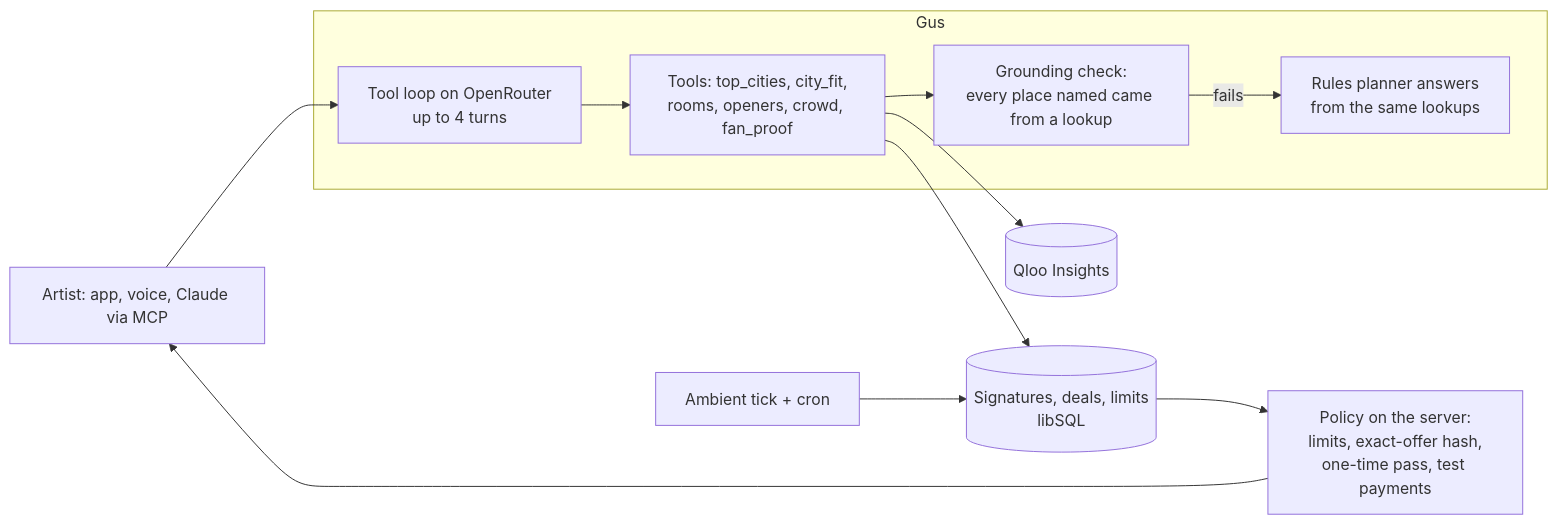
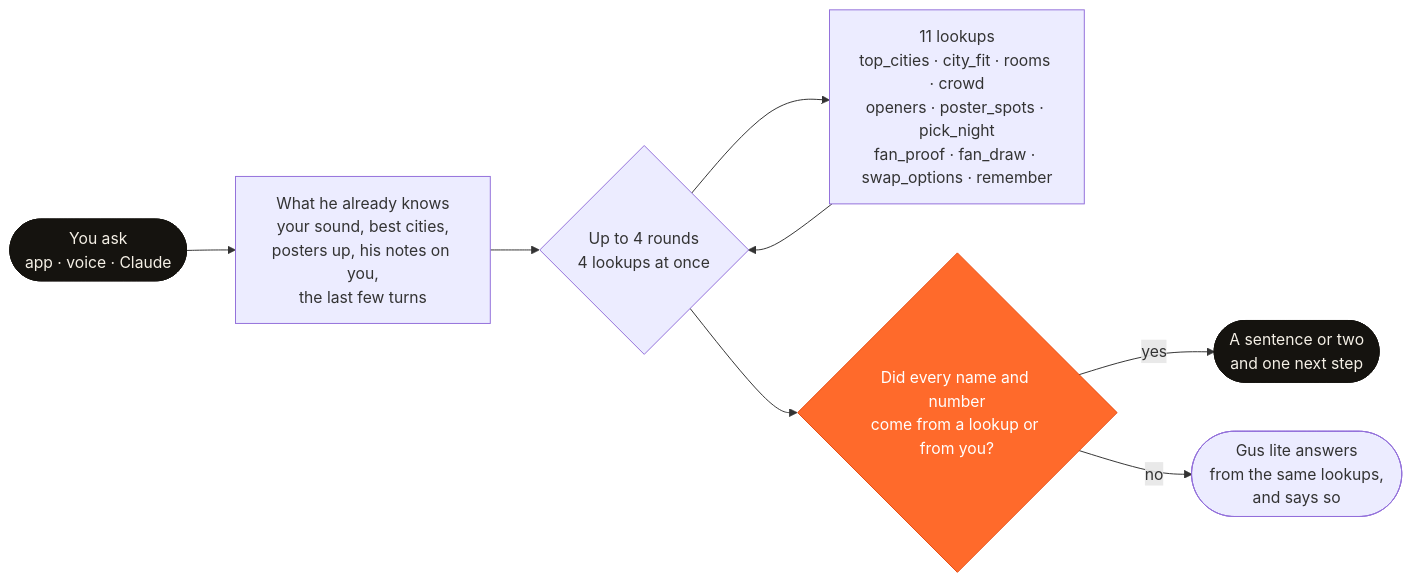
The second of 6 diagrams in README.md (wafflebytes/wanted), drawn with Mermaid before and after one commit. The commit also changed other lines of this file and 13 other files, not shown here.

````diff
--- a/README.md
+++ b/README.md
@@ -58,14 +99,14 @@
 ```mermaid
 flowchart LR
-  A[Artist: app, voice, Claude via MCP] --> L
-  subgraph Gus
-    L[Tool loop on OpenRouter<br/>up to 4 turns] --> T[Tools: top_cities, city_fit,<br/>rooms, openers, crowd, fan_proof]
-    T --> G[Grounding check:<br/>every place named came from a lookup]
-    G -->|fails| R[Rules planner answers<br/>from the same lookups]
-  end
-  T --> Q[(Qloo Insights)]
-  T --> D[(Signatures, deals, limits<br/>libSQL)]
-  W[Ambient tick + cron] --> D
-  D --> P[Policy on the server:<br/>limits, exact-offer hash,<br/>one-time pass, test payments]
-  P --> A
+  Q(["You ask<br/>app · voice · Claude"]) --> K["What he already knows<br/>your sound, best cities,<br/>posters up, his notes on you,<br/>the last few turns"]
+  K --> T{"Up to 4 rounds<br/>4 lookups at once"}
+  T --> Tools["11 lookups<br/>top_cities · city_fit · rooms · crowd<br/>openers · poster_spots · pick_night<br/>fan_proof · fan_draw · swap_options · remember"]
+  Tools --> T
+  T --> G{"Did every name and number<br/>come from a lookup or from you?"}
+  G -- yes --> A(["A sentence or two<br/>and one next step"])
+  G -- no --> R(["Gus lite answers<br/>from the same lookups,<br/>and says so"])
+  classDef hot fill:#FF6A2B,stroke:#E8490F,color:#fff
+  classDef dark fill:#15130F,stroke:#15130F,color:#F5F0E6
+  class G hot
+  class Q,A dark
 ```
````
